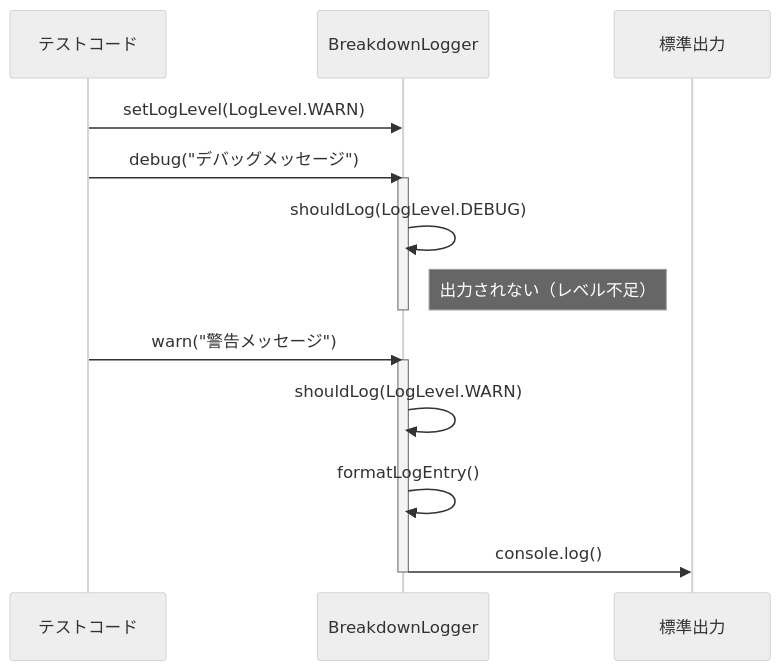
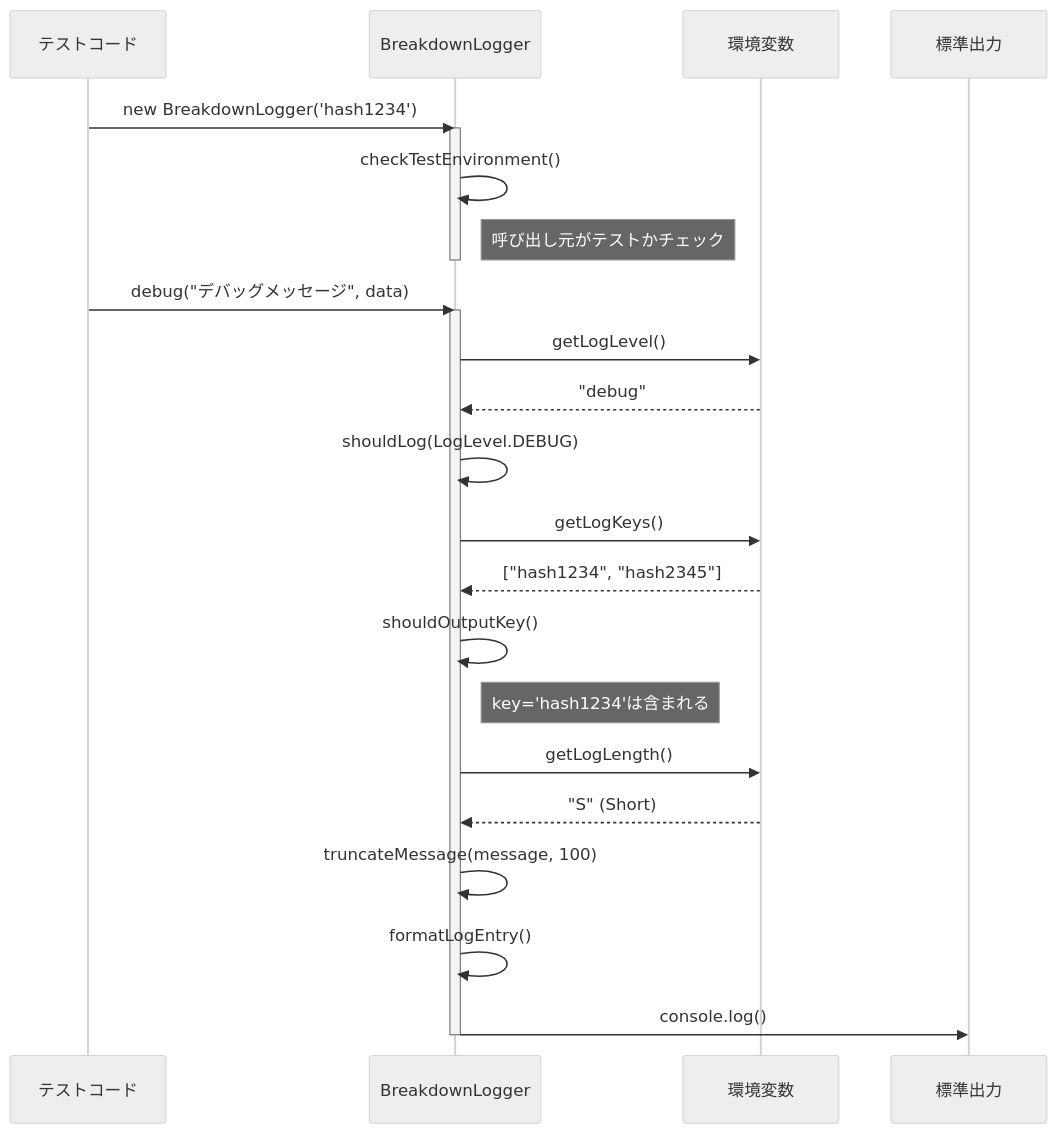
One commit to tettuan/breakdownlogger changed the third of 6 diagrams in docs/development.ja.md. Above: the diagram before and after it, drawn with Mermaid (neutral theme). The commit also changed other lines of this file and 12 other files, not shown here.

````diff
--- a/docs/development.ja.md
+++ b/docs/development.ja.md
@@ -85,21 +121,32 @@
 ```mermaid
 sequenceDiagram
     participant Test as テストコード
     participant Logger as BreakdownLogger
+    participant Env as 環境変数
     participant Console as 標準出力
 
-    Test->>Logger: setLogLevel(LogLevel.WARN)
-    
-    Test->>Logger: debug("デバッグメッセージ")
+    Test->>Logger: new BreakdownLogger('hash1234')
     activate Logger
-    Logger->>Logger: shouldLog(LogLevel.DEBUG)
-    Note right of Logger: 出力されない（レベル不足）
+    Logger->>Logger: checkTestEnvironment()
+    Note right of Logger: 呼び出し元がテストかチェック
     deactivate Logger
     
-    Test->>Logger: warn("警告メッセージ")
+    Test->>Logger: debug("デバッグメッセージ", data)
     activate Logger
-    Logger->>Logger: shouldLog(LogLevel.WARN)
+    Logger->>Env: getLogLevel()
+    Env-->>Logger: "debug"
+    Logger->>Logger: shouldLog(LogLevel.DEBUG)
+    
+    Logger->>Env: getLogKeys()
+    Env-->>Logger: ["hash1234", "hash2345"]
+    Logger->>Logger: shouldOutputKey()
+    Note right of Logger: key='hash1234'は含まれる
+    
+    Logger->>Env: getLogLength()
+    Env-->>Logger: "S" (Short)
+    Logger->>Logger: truncateMessage(message, 100)
+    
     Logger->>Logger: formatLogEntry()
     Logger->>Console: console.log()
     deactivate Logger
 ```
````
